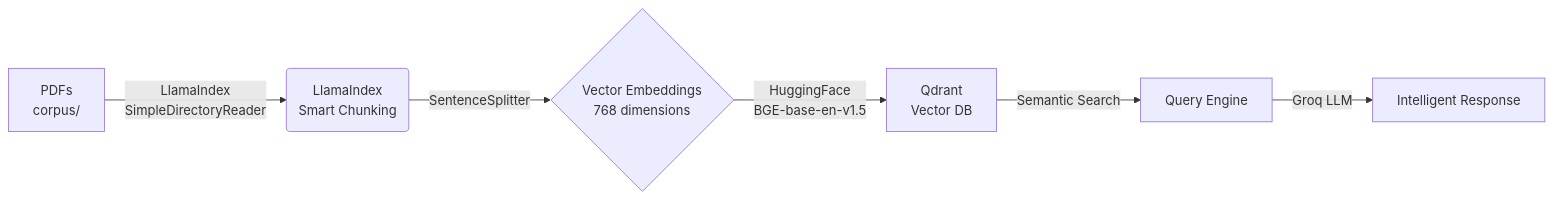
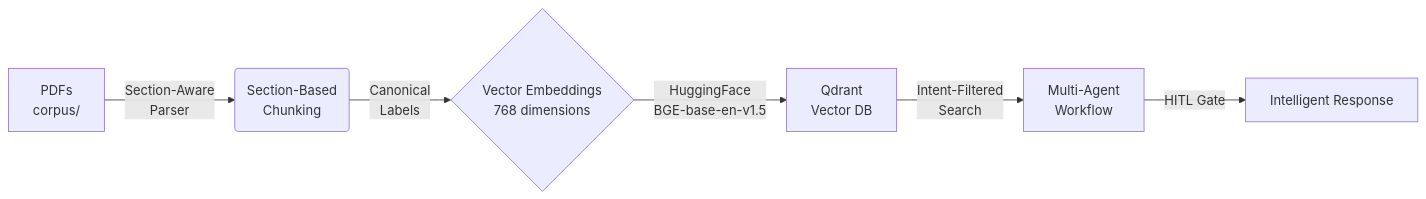
Before and after one commit to Sayandip05/research-paper-intelligence-system: the diagram in README.md, drawn with Mermaid. The commit also changed other lines of this file and 2 other files, not shown here.

````diff
--- a/README.md
+++ b/README.md
@@ -9,8 +9,8 @@
 ```mermaid
 flowchart LR
-    A[PDFs<br/>corpus/] -->|LlamaIndex<br/>SimpleDirectoryReader| B(LlamaIndex<br/>Smart Chunking)
-    B -->|SentenceSplitter| C{Vector Embeddings<br/>768 dimensions}
+    A[PDFs<br/>corpus/] -->|Section-Aware<br/>Parser| B(Section-Based<br/>Chunking)
+    B -->|Canonical<br/>Labels| C{Vector Embeddings<br/>768 dimensions}
     C -->|HuggingFace<br/>BGE-base-en-v1.5| D[Qdrant<br/>Vector DB]
-    D -->|Semantic Search| E[Query Engine]
-    E -->|Groq LLM| F[Intelligent Response]
+    D -->|Intent-Filtered<br/>Search| E[Multi-Agent<br/>Workflow]
+    E -->|HITL Gate| F[Intelligent Response]
 ```
````
